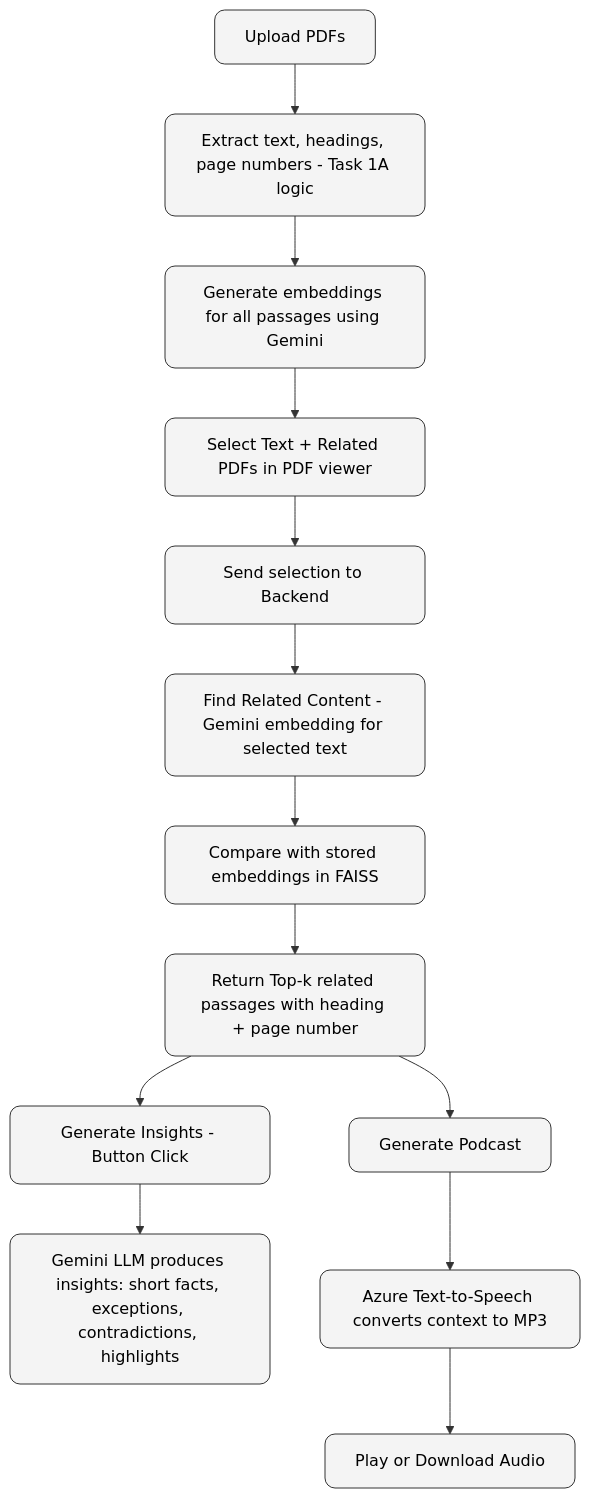
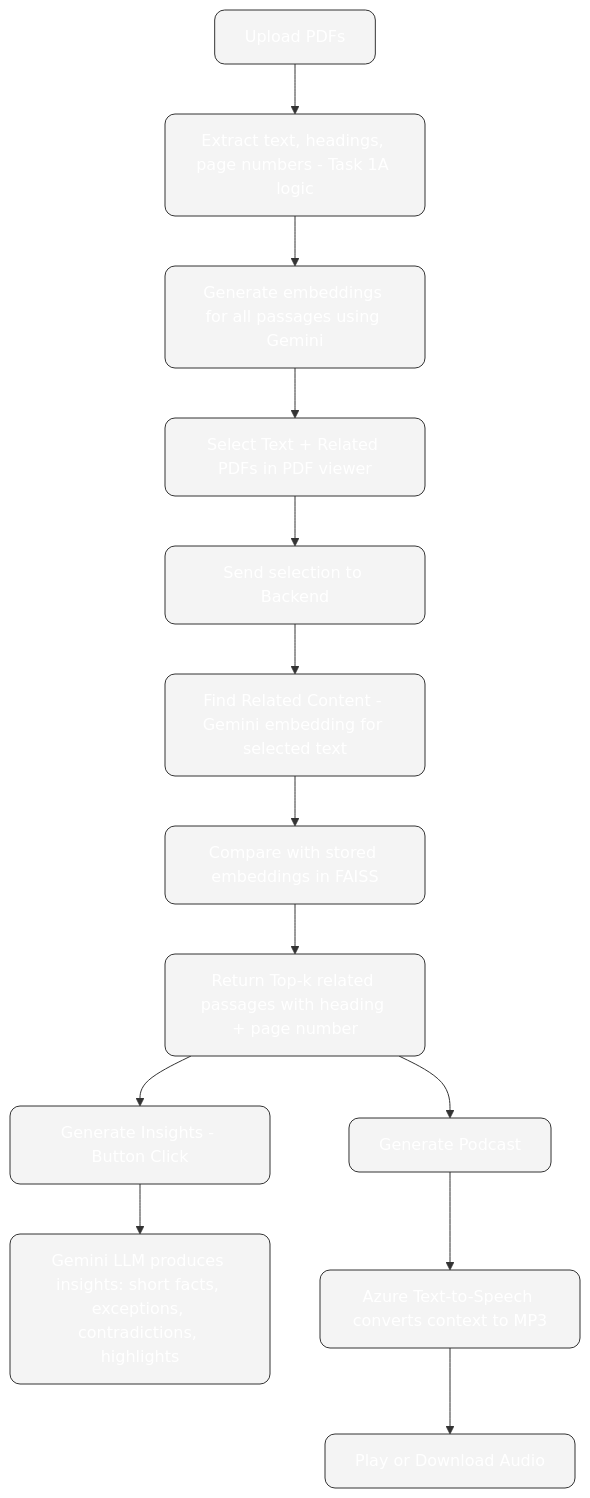
Before and after one commit to vishal09dream/adobe-pdf-project: the first of 2 diagrams in Logic_workflow.md, drawn with Mermaid.

````diff
--- a/Logic_workflow.md
+++ b/Logic_workflow.md
@@ -200,39 +200,39 @@
 ```mermaid
 flowchart TD
 
     A[Upload PDFs] --> B[Extract text, headings, page numbers - Task 1A logic]
     B --> C[Generate embeddings for all passages using Gemini]
     
     C --> D[Select Text + Related PDFs in PDF viewer]
     D --> E[Send selection to Backend]
     
     E --> F[Find Related Content - Gemini embedding for selected text]
     F --> G[Compare with stored embeddings in FAISS]
     G --> H[Return Top-k related passages with heading + page number]
 
     H --> I[Generate Insights - Button Click]
     I --> J[Gemini LLM produces insights: short facts, exceptions, contradictions, highlights]
 
     H --> K[Generate Podcast]
     K --> L[Azure Text-to-Speech converts context to MP3]
     L --> M[Play or Download Audio]
 
      %% Styling
-    classDef step fill:#f4f4f4,stroke:#333,stroke-width:1px,rx:10,ry:10;
+    classDef step fill:#000000,stroke:#333,stroke-width:1px,rx:10,ry:10;
     class A,B,C,D,E,F,G,H,I,J,K,L,M step;
 
     %% Text color styling
-    style A fill:#f4f4f4,stroke:#333,color:#000
-    style B fill:#f4f4f4,stroke:#333,color:#000
-    style C fill:#f4f4f4,stroke:#333,color:#000
-    style D fill:#f4f4f4,stroke:#333,color:#000
-    style E fill:#f4f4f4,stroke:#333,color:#000
-    style F fill:#f4f4f4,stroke:#333,color:#000
-    style G fill:#f4f4f4,stroke:#333,color:#000
-    style H fill:#f4f4f4,stroke:#333,color:#000
-    style I fill:#f4f4f4,stroke:#333,color:#000
-    style J fill:#f4f4f4,stroke:#333,color:#000
-    style K fill:#f4f4f4,stroke:#333,color:#000
-    style L fill:#f4f4f4,stroke:#333,color:#000
-    style M fill:#f4f4f4,stroke:#333,color:#000
+    style A fill:#f4f4f4,stroke:#333,color:#ffffff
+    style B fill:#f4f4f4,stroke:#333,color:#ffffff
+    style C fill:#f4f4f4,stroke:#333,color:#ffffff
+    style D fill:#f4f4f4,stroke:#333,color:#ffffff
+    style E fill:#f4f4f4,stroke:#333,color:#ffffff
+    style F fill:#f4f4f4,stroke:#333,color:#ffffff
+    style G fill:#f4f4f4,stroke:#333,color:#ffffff
+    style H fill:#f4f4f4,stroke:#333,color:#ffffff
+    style I fill:#f4f4f4,stroke:#333,color:#ffffff
+    style J fill:#f4f4f4,stroke:#333,color:#ffffff
+    style K fill:#f4f4f4,stroke:#333,color:#ffffff
+    style L fill:#f4f4f4,stroke:#333,color:#ffffff
+    style M fill:#f4f4f4,stroke:#333,color:#ffffff
 ```
````
